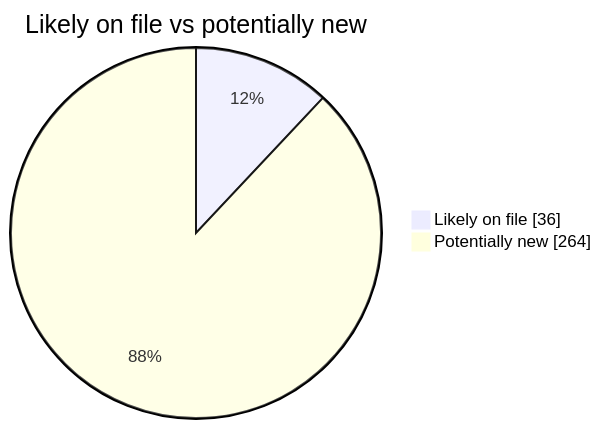
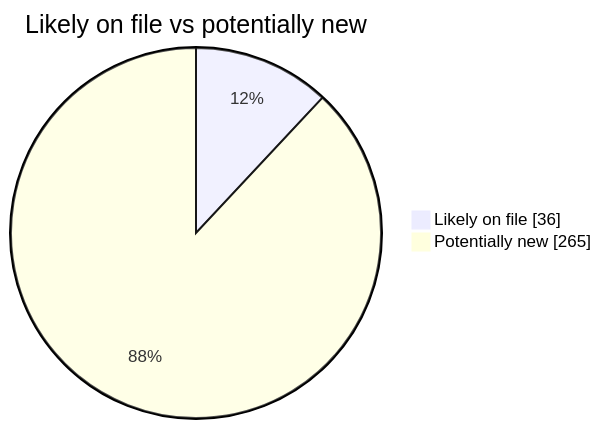
One commit to martinbalfanz/social-scanner-reports changed the second of 4 diagrams in README.md. Above: the diagram before and after it, drawn with Mermaid. The commit also changed other lines of this file and 2 other files, not shown here.

````diff
--- a/README.md
+++ b/README.md
@@ -40,5 +40,5 @@
 ```mermaid
 pie showData title Likely on file vs potentially new
     "Likely on file" : 36
-    "Potentially new" : 264
+    "Potentially new" : 265
 ```
````
